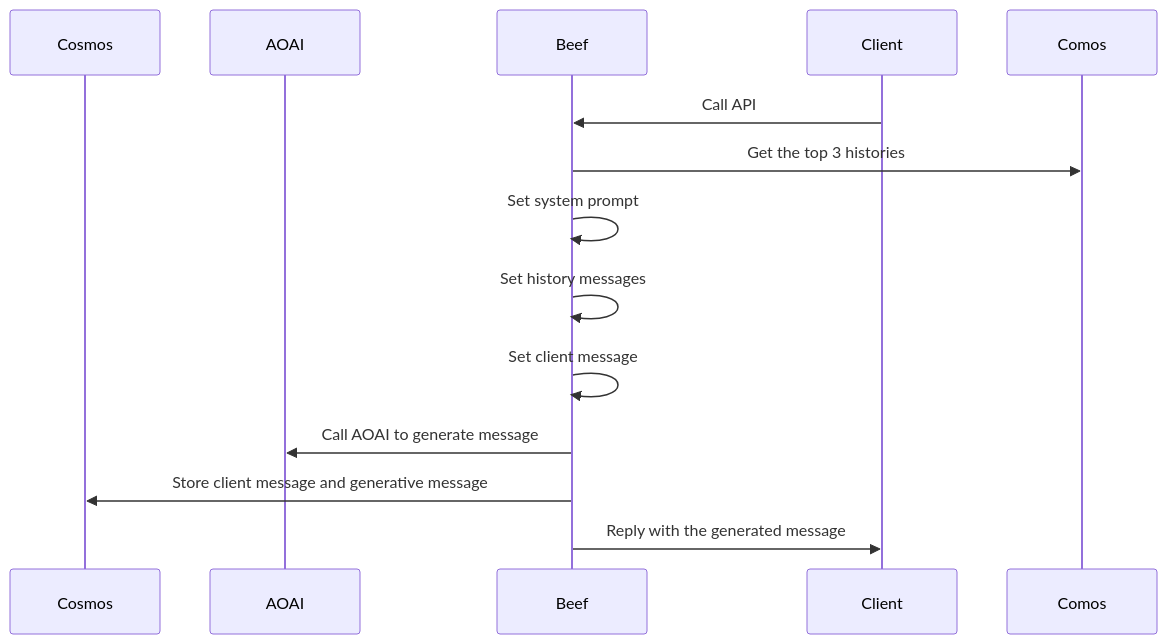
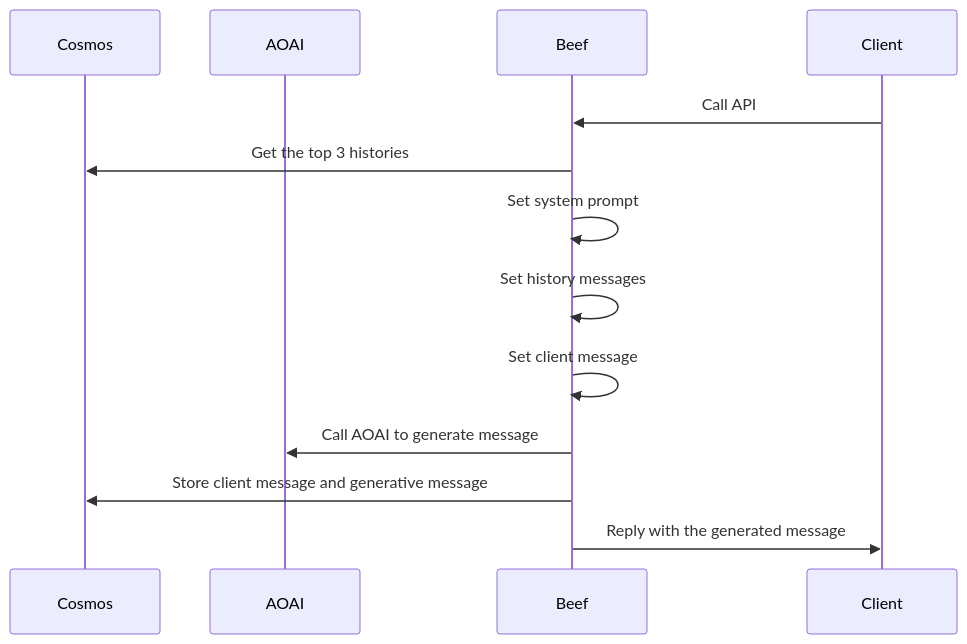
Before and after one commit to Kazunari001/Avanade-Beef: the diagram in samples/AIChat.AOAI/README.md, drawn with Mermaid.

Commit message:
minor change

````diff
--- a/samples/AIChat.AOAI/README.md
+++ b/samples/AIChat.AOAI/README.md
@@ -58,16 +58,16 @@
 ```mermaid
 sequenceDiagram
 	participant Cosmos
 	participant AOAI
 	participant Beef
 	participant Client
 	
 	Client ->> Beef: Call API
-	Beef ->> Comos: Get the top 3 histories
+	Beef ->> Cosmos: Get the top 3 histories
 	Beef ->> Beef: Set system prompt
 	Beef ->> Beef: Set history messages
 	Beef ->> Beef: Set client message
 	Beef ->> AOAI: Call AOAI to generate message
 	Beef ->> Cosmos: Store client message and generative message
 	Beef ->> Client: Reply with the generated message
 ```
````
